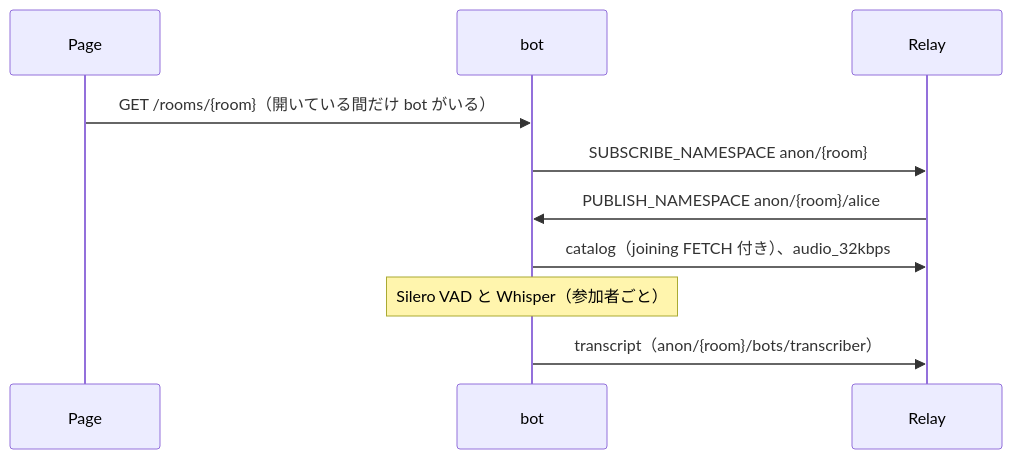
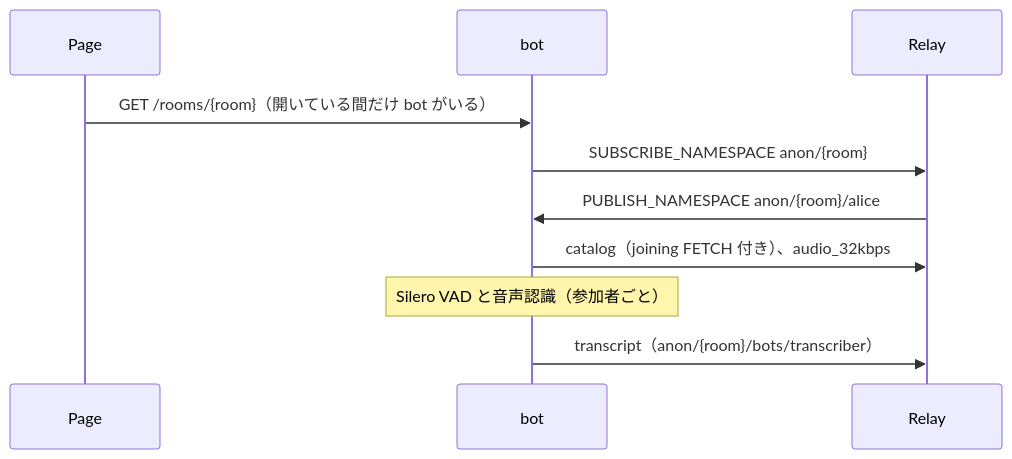
One commit to nttcom/moq-wasm changed the diagram in examples/python/moq-meeting-transcriber/README.md. Above: the diagram before and after it, drawn with Mermaid. The commit also changed other lines of this file and 8 other files, not shown here.

````diff
--- a/examples/python/moq-meeting-transcriber/README.md
+++ b/examples/python/moq-meeting-transcriber/README.md
@@ -16,12 +16,12 @@
 ```mermaid
 sequenceDiagram
     participant P as Page
     participant B as bot
     participant R as Relay
     P->>B: GET /rooms/{room}（開いている間だけ bot がいる）
     B->>R: SUBSCRIBE_NAMESPACE anon/{room}
     R->>B: PUBLISH_NAMESPACE anon/{room}/alice
     B->>R: catalog（joining FETCH 付き）、audio_32kbps
-    Note over B: Silero VAD と Whisper（参加者ごと）
+    Note over B: Silero VAD と音声認識（参加者ごと）
     B->>R: transcript（anon/{room}/bots/transcriber）
 ```
````
